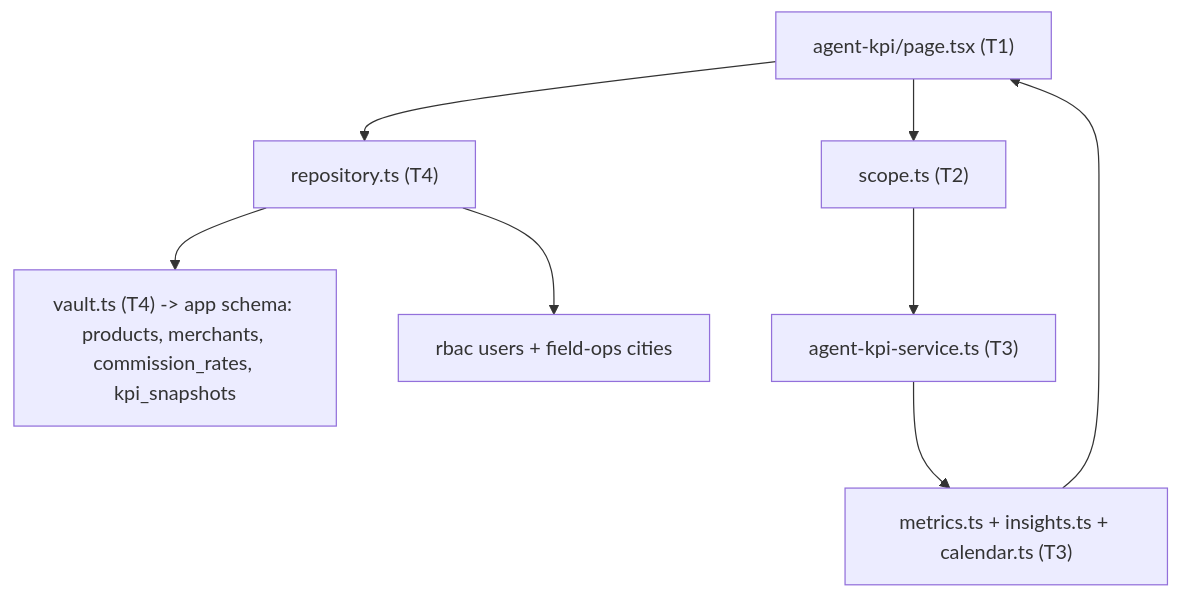
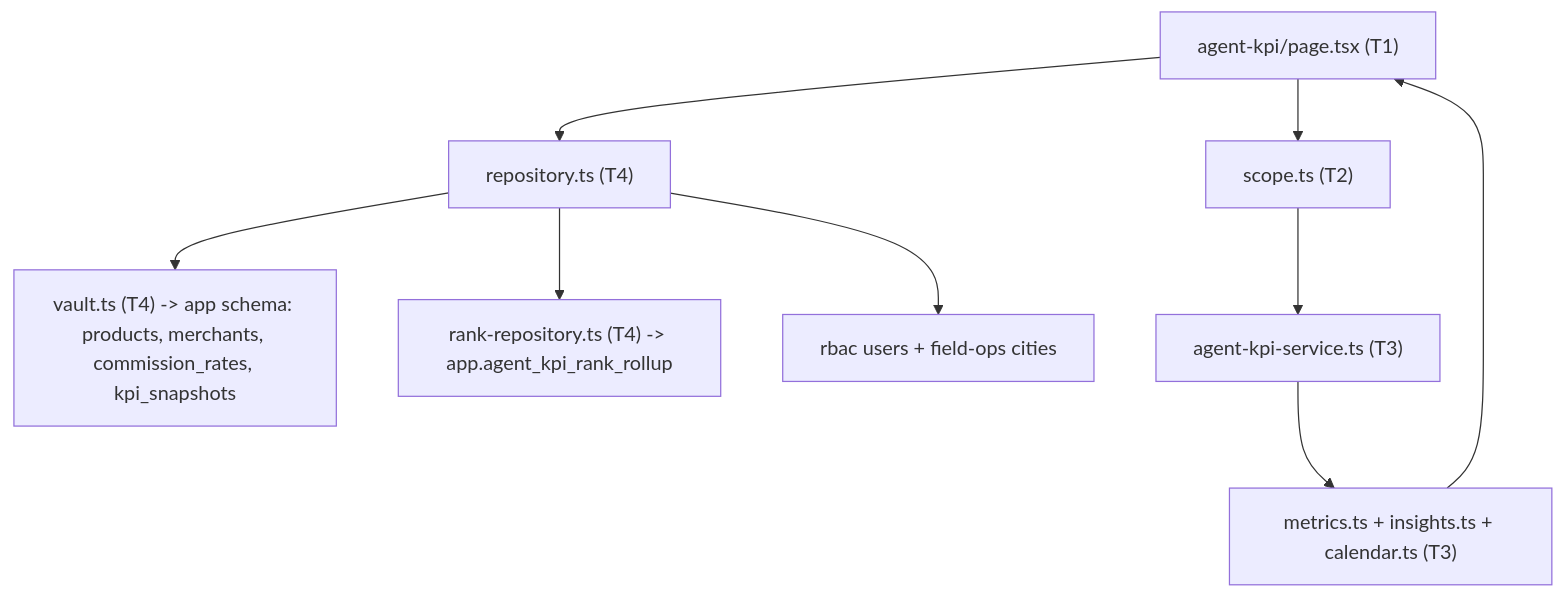
Before and after one commit to Fat7y91/Kanjo-Ops-Center: the fourth of 4 diagrams in ARCHITECTURE.md, drawn with Mermaid. The commit also changed other lines of this file and 51 other files, not shown here.

````diff
--- a/ARCHITECTURE.md
+++ b/ARCHITECTURE.md
@@ -1461,10 +1512,11 @@
 ```mermaid
 graph TD
     A["agent-kpi/page.tsx (T1)"] --> B["scope.ts (T2)"]
     A --> C["repository.ts (T4)"]
     C --> D["vault.ts (T4) -> app schema: products, merchants, commission_rates, kpi_snapshots"]
+    C --> R["rank-repository.ts (T4) -> app.agent_kpi_rank_rollup"]
     C --> G["rbac users + field-ops cities"]
     B --> E["agent-kpi-service.ts (T3)"]
     E --> F["metrics.ts + insights.ts + calendar.ts (T3)"]
     F --> A
 ```
````
